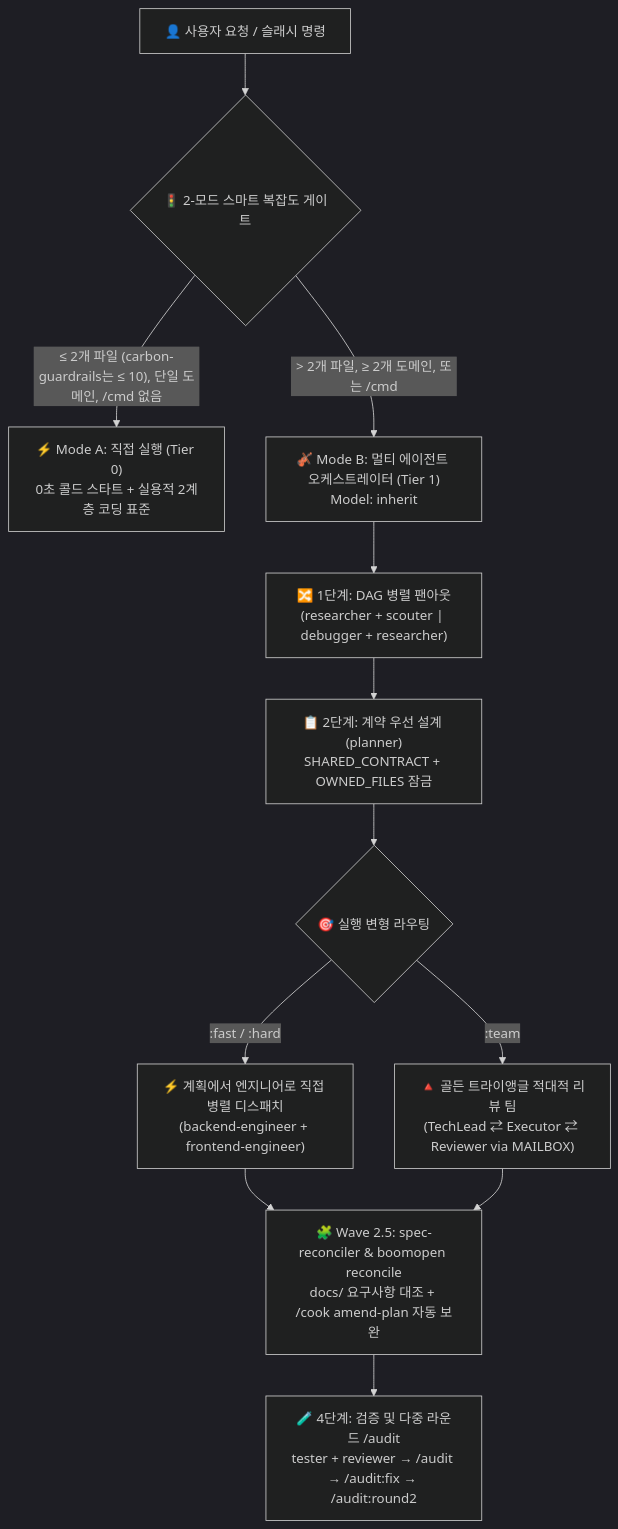
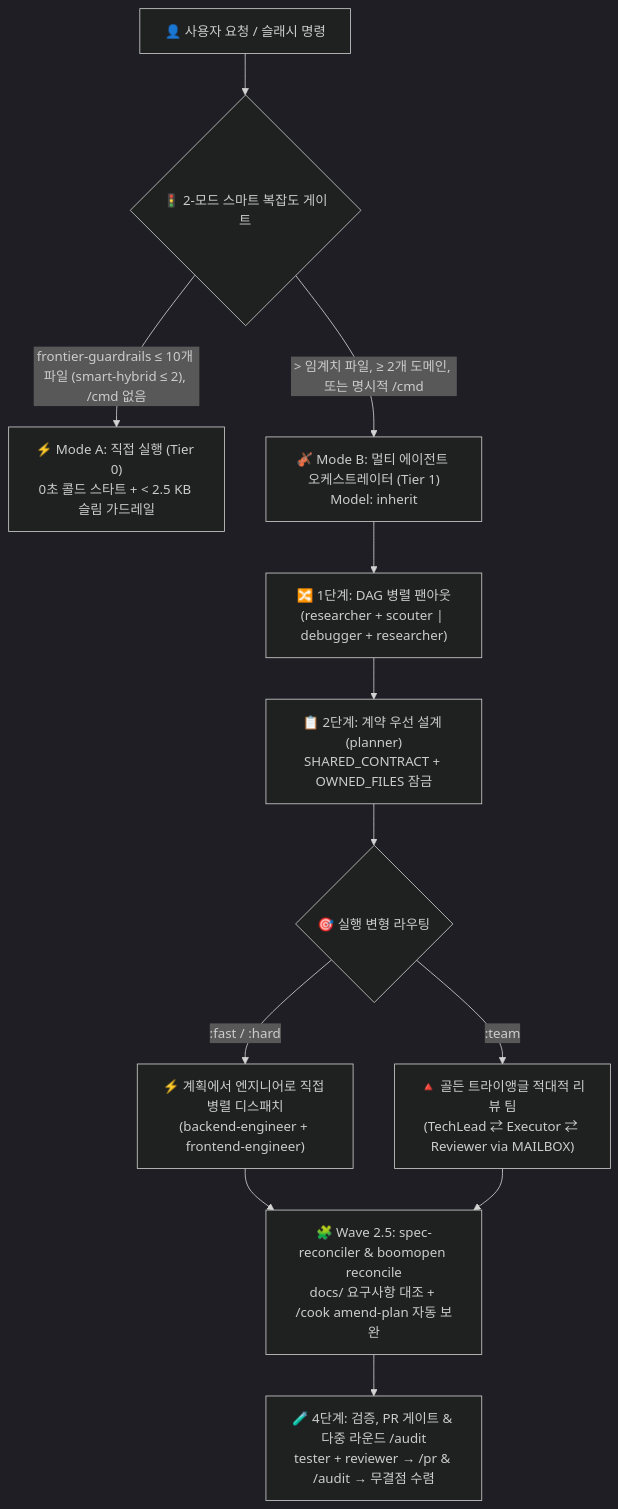
Before and after one commit to Kennyboom/BoomOpen-Workflow-Kit-Pro: the diagram in i18n/README.ko.md, drawn with Mermaid (dark theme). The commit also changed other lines of this file and 99 other files, not shown here.

````diff
--- a/i18n/README.ko.md
+++ b/i18n/README.ko.md
@@ -49,17 +57,17 @@
 ```mermaid
 flowchart TD
     User["👤 사용자 요청 / 슬래시 명령"] --> Gate{"🚦 2-모드 스마트 복잡도 게이트"}
-    Gate -->|"≤ 2개 파일 (carbon-guardrails는 ≤ 10), 단일 도메인, /cmd 없음"| ModeA["⚡ Mode A: 직접 실행 (Tier 0)<br/>0초 콜드 스타트 + 실용적 2계층 코딩 표준"]
-    Gate -->|"> 2개 파일, ≥ 2개 도메인, 또는 /cmd"| ModeB["🎻 Mode B: 멀티 에이전트 오케스트레이터 (Tier 1)<br/>Model: inherit"]
+    Gate -->|"frontier-guardrails ≤ 10개 파일 (smart-hybrid ≤ 2), /cmd 없음"| ModeA["⚡ Mode A: 직접 실행 (Tier 0)<br/>0초 콜드 스타트 + < 2.5 KB 슬림 가드레일"]
+    Gate -->|"> 임계치 파일, ≥ 2개 도메인, 또는 명시적 /cmd"| ModeB["🎻 Mode B: 멀티 에이전트 오케스트레이터 (Tier 1)<br/>Model: inherit"]
 
     ModeB --> FanOut["🔀 1단계: DAG 병렬 팬아웃<br/>(researcher + scouter | debugger + researcher)"]
     FanOut --> Plan["📋 2단계: 계약 우선 설계 (planner)<br/>SHARED_CONTRACT + OWNED_FILES 잠금"]
     Plan --> Dispatch{"🎯 실행 변형 라우팅"}
 
     Dispatch -->|":fast / :hard"| Direct["⚡ 계획에서 엔지니어로 직접 병렬 디스패치<br/>(backend-engineer + frontend-engineer)"]
     Dispatch -->|":team"| Triangle["🔺 골든 트라이앵글 적대적 리뷰 팀<br/>(TechLead ⇄ Executor ⇄ Reviewer via MAILBOX)"]
 
     Direct --> Reconcile["🧩 Wave 2.5: spec-reconciler & boomopen reconcile<br/>docs/ 요구사항 대조 + /cook amend-plan 자동 보완"]
     Triangle --> Reconcile
-    Reconcile --> Verify["🧪 4단계: 검증 및 다중 라운드 /audit<br/>tester + reviewer → /audit → /audit:fix → /audit:round2"]
+    Reconcile --> Verify["🧪 4단계: 검증, PR 게이트 & 다중 라운드 /audit<br/>tester + reviewer → /pr & /audit → 무결점 수렴"]
 ```
````
